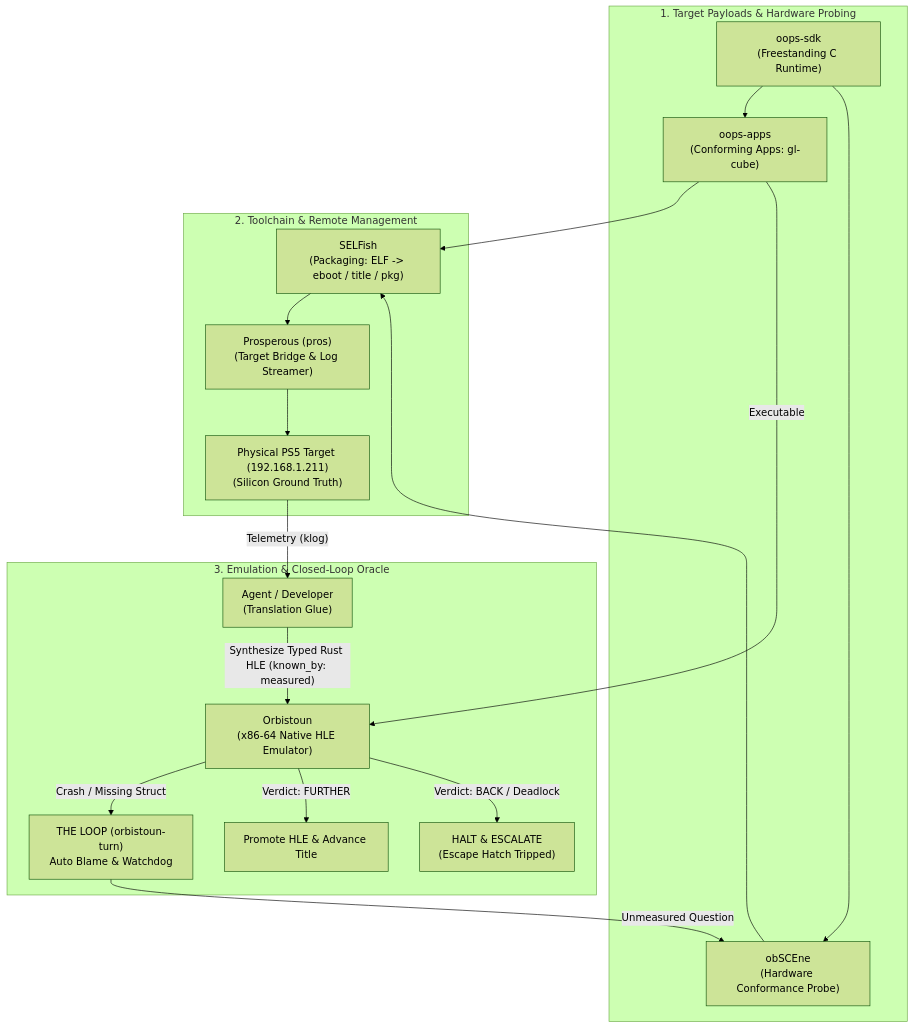
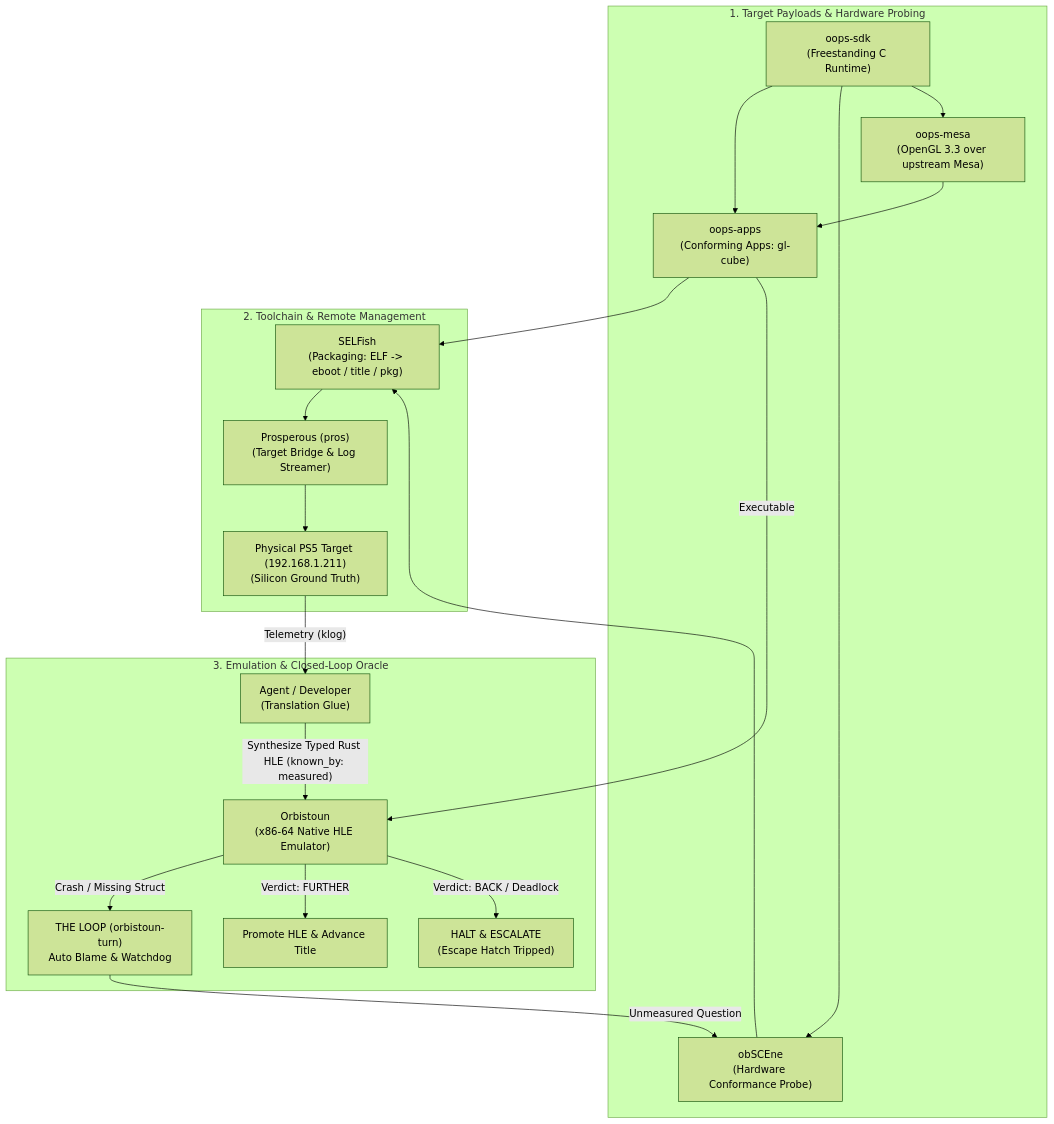
The diagram in README.md (project-oops/OOPS), drawn with Mermaid (forest theme) before and after one commit. The commit also changed other lines of this file and 9 other files, not shown here.

````diff
--- a/README.md
+++ b/README.md
@@ -26,24 +26,26 @@
 ```mermaid
 flowchart TD
     subgraph Target_Payloads["1. Target Payloads & Hardware Probing"]
         SDK["oops-sdk<br/>(Freestanding C Runtime)"] --> APPS["oops-apps<br/>(Conforming Apps: gl-cube)"]
         SDK --> OBSCENE["obSCEne<br/>(Hardware Conformance Probe)"]
+        SDK --> MESA["oops-mesa<br/>(OpenGL 3.3 over upstream Mesa)"]
+        MESA --> APPS
     end
 
     subgraph Toolchain["2. Toolchain & Remote Management"]
         APPS --> SELFISH["SELFish<br/>(Packaging: ELF -> eboot / title / pkg)"]
         OBSCENE --> SELFISH
         SELFISH --> PROS["Prosperous (pros)<br/>(Target Bridge & Log Streamer)"]
         PROS --> PS5["Physical PS5 Target (192.168.1.211)<br/>(Silicon Ground Truth)"]
     end
 
     subgraph Emulation_Loop["3. Emulation & Closed-Loop Oracle"]
         PS5 -- "Telemetry (klog)" --> AGENT["Agent / Developer<br/>(Translation Glue)"]
         APPS -- "Executable" --> ORB["Orbistoun<br/>(x86-64 Native HLE Emulator)"]
         ORB -- "Crash / Missing Struct" --> LOOP["THE LOOP (orbistoun-turn)<br/>Auto Blame & Watchdog"]
         LOOP -- "Unmeasured Question" --> OBSCENE
         AGENT -- "Synthesize Typed Rust HLE (known_by: measured)" --> ORB
         ORB -- "Verdict: FURTHER" --> PROMOTE["Promote HLE & Advance Title"]
         ORB -- "Verdict: BACK / Deadlock" --> HATCH["HALT & ESCALATE<br/>(Escape Hatch Tripped)"]
     end
 ```
````
